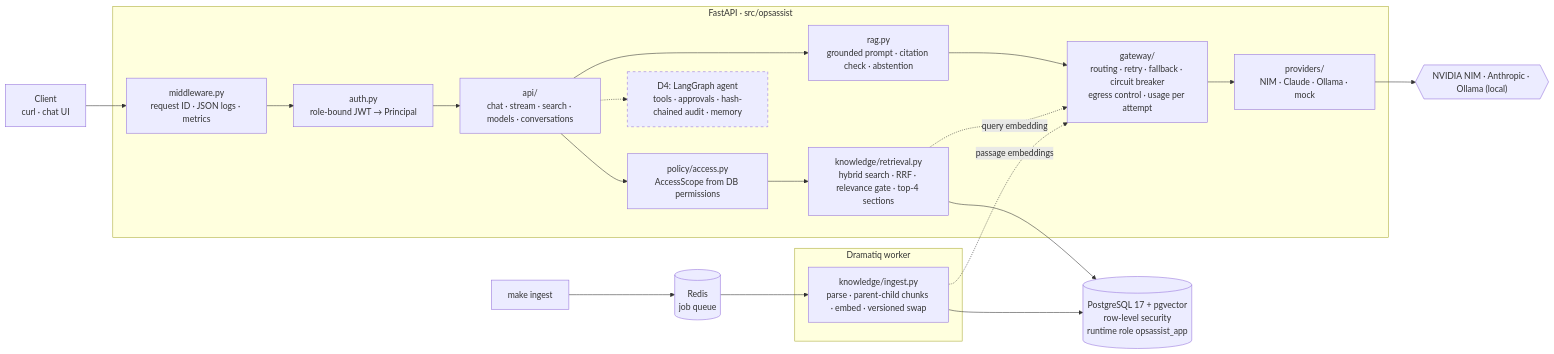
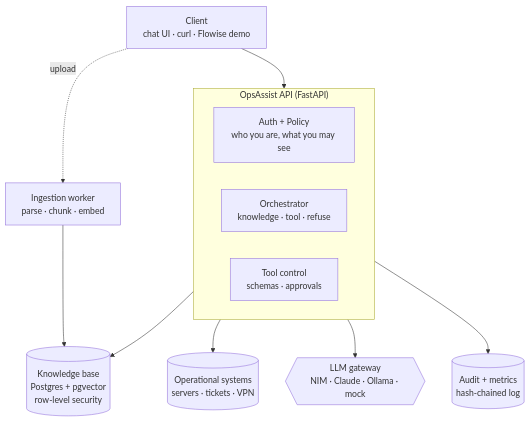
The first of 4 diagrams in README.md (minhthy1016/novax_ai_assignment), drawn with Mermaid before and after one commit. The commit also changed other lines of this file and 95 other files, not shown here.

First line of the commit message:
D4: tools, approvals, audit, memory, upload, console and rate limiting

````diff
--- a/README.md
+++ b/README.md
@@ -42,36 +46,23 @@
 ```mermaid
-flowchart LR
-  client["Client<br/>curl · chat UI"]
+flowchart TB
+  client["Client<br/>chat UI · curl · Flowise demo"]
+  subgraph api["OpsAssist API (FastAPI)"]
+    direction LR
+    authz["Auth + Policy<br/>who you are, what you may see"]
+    agent["Orchestrator<br/>knowledge · tool · refuse"]
+    tools["Tool control<br/>schemas · approvals"]
+  end
+  kb[("Knowledge base<br/>Postgres + pgvector<br/>row-level security")]
+  ops[("Operational systems<br/>servers · tickets · VPN")]
+  llm{{"LLM gateway<br/>NIM · Claude · Ollama · mock"}}
+  audit[("Audit + metrics<br/>hash-chained log")]
+  worker["Ingestion worker<br/>parse · chunk · embed"]
 
-  subgraph api["FastAPI · src/opsassist"]
-    mw["middleware.py<br/>request ID · JSON logs · metrics"]
-    auth["auth.py<br/>role-bound JWT → Principal"]
-    routes["api/<br/>chat · stream · search · models · conversations"]
-    policy["policy/access.py<br/>AccessScope from DB permissions"]
-    retrieval["knowledge/retrieval.py<br/>hybrid search · RRF · relevance gate · top-4 sections"]
-    rag["rag.py<br/>grounded prompt · citation check · abstention"]
-    gateway["gateway/<br/>routing · retry · fallback · circuit breaker<br/>egress control · usage per attempt"]
-    providers["providers/<br/>NIM · Claude · Ollama · mock"]
-    agent["D4: LangGraph agent<br/>tools · approvals · hash-chained audit · memory"]
-  end
-
-  subgraph worker["Dramatiq worker"]
-    ingest["knowledge/ingest.py<br/>parse · parent-child chunks · embed · versioned swap"]
-  end
-
-  cli["make ingest"]
-  pg[("PostgreSQL 17 + pgvector<br/>row-level security<br/>runtime role opsassist_app")]
-  redis[("Redis<br/>job queue")]
-  models{{"NVIDIA NIM · Anthropic · Ollama (local)"}}
-
-  client --> mw --> auth --> routes
-  routes --> policy --> retrieval --> pg
-  routes --> rag --> gateway --> providers --> models
-  retrieval -. "query embedding" .-> gateway
-  routes -.-> agent
-  cli --> redis --> ingest --> pg
-  ingest -. "passage embeddings" .-> gateway
-
-  classDef planned stroke-dasharray: 5 5
-  class agent planned
+  client --> api
+  agent --> kb
+  tools --> ops
+  agent --> llm
+  api --> audit
+  worker --> kb
+  client -. "upload" .-> worker
 ```
````
